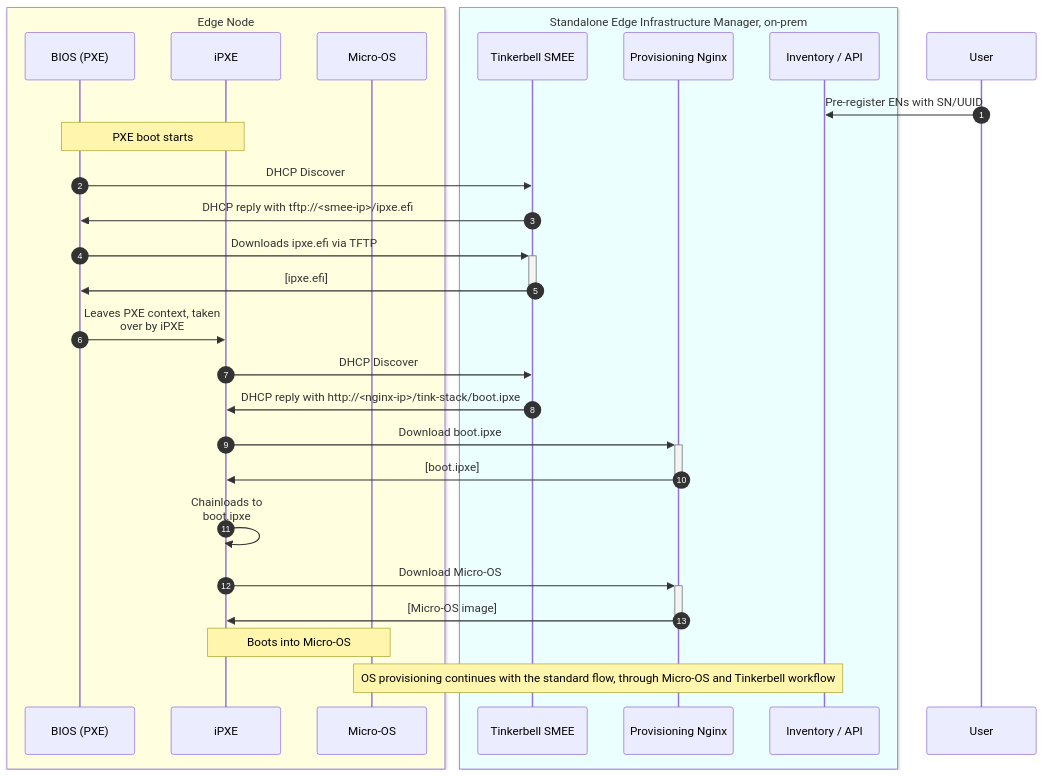
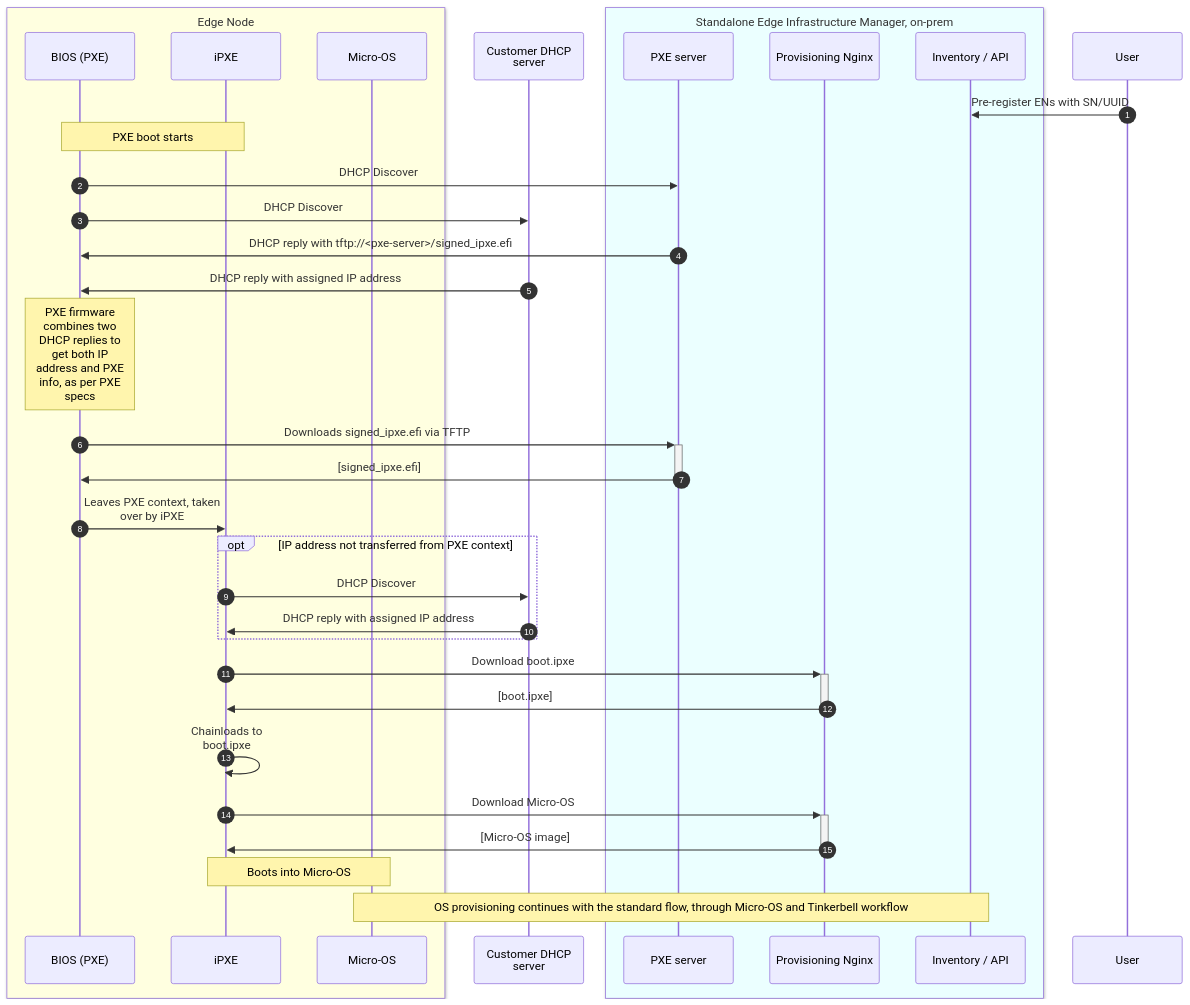
One commit to open-edge-platform/edge-manageability-framework changed the diagram in design-proposals/emts-scale-provisioning.md. Above: the diagram before and after it, drawn with Mermaid. The commit also changed other lines of this file, not shown here.

````diff
--- a/design-proposals/emts-scale-provisioning.md
+++ b/design-proposals/emts-scale-provisioning.md
@@ -67,45 +69,53 @@
 ```mermaid
 sequenceDiagram
 %%{wrap}%%
 autonumber
 
   box LightYellow Edge Node
   participant bios as BIOS (PXE)
   participant ipxe as iPXE
   participant microos as Micro-OS
   end
 
+  participant dhcp as Customer DHCP server
+
   box rgb(235,255,255) Standalone Edge Infrastructure Manager, on-prem 
-  participant smee as Tinkerbell SMEE
+  participant pxe-server as PXE server
   participant pa as Provisioning Nginx
   participant inv as Inventory / API
   end
 
   participant user as User
 
   user->>inv: Pre-register ENs with SN/UUID
   note over bios,ipxe: PXE boot starts
 
-  bios->>smee: DHCP Discover
-  smee->>bios: DHCP reply with tftp://<smee-ip>/ipxe.efi
+  bios->>pxe-server: DHCP Discover
+  bios->>dhcp: DHCP Discover
+  pxe-server->>bios: DHCP reply with tftp://<pxe-server>/signed_ipxe.efi
+  dhcp->>bios: DHCP reply with assigned IP address
+  
+  note over bios: PXE firmware combines two DHCP replies to get both IP address and PXE info, as per PXE specs
 
-  bios->>+smee: Downloads ipxe.efi via TFTP
-  smee->>-bios: [ipxe.efi]
+  bios->>+pxe-server: Downloads signed_ipxe.efi via TFTP
+  pxe-server->>-bios: [signed_ipxe.efi]
 
   bios->>ipxe: Leaves PXE context, taken over by iPXE
 
-  ipxe->>smee: DHCP Discover
-  smee->>ipxe: DHCP reply with http://<nginx-ip>/tink-stack/boot.ipxe
-
+  opt IP address not transferred from PXE context
+  ipxe->>dhcp: DHCP Discover
+  dhcp->>ipxe: DHCP reply with assigned IP address
+  end
+  
   ipxe->>+pa: Download boot.ipxe
   pa->>-ipxe: [boot.ipxe]
 
   ipxe->>ipxe: Chainloads to boot.ipxe
 
   ipxe->>+pa: Download Micro-OS
   pa->>-ipxe: [Micro-OS image]
 
   note over ipxe,microos: Boots into Micro-OS
 
   note over microos,inv: OS provisioning continues with the standard flow, through Micro-OS and Tinkerbell workflow
 ```
````
